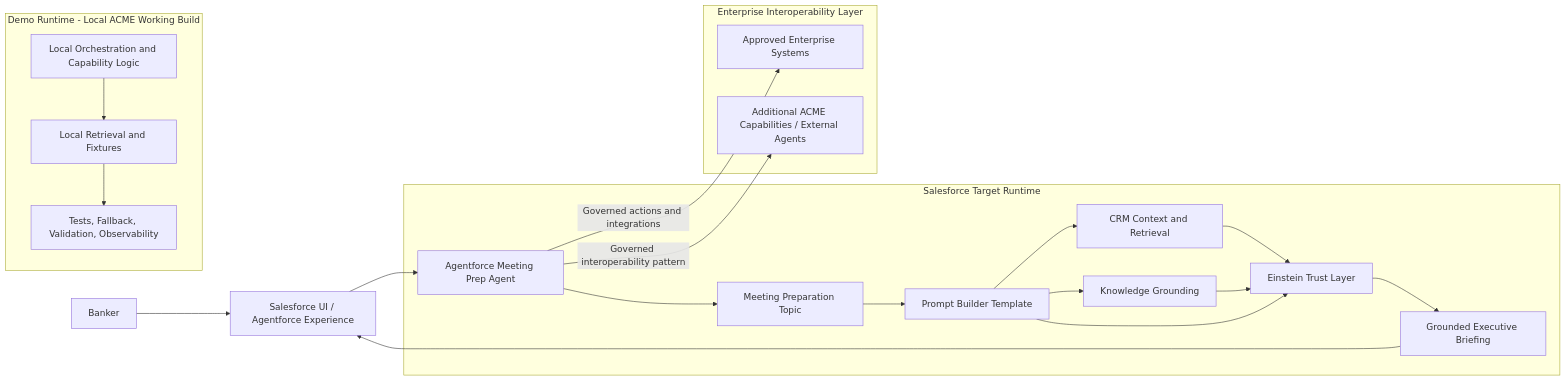
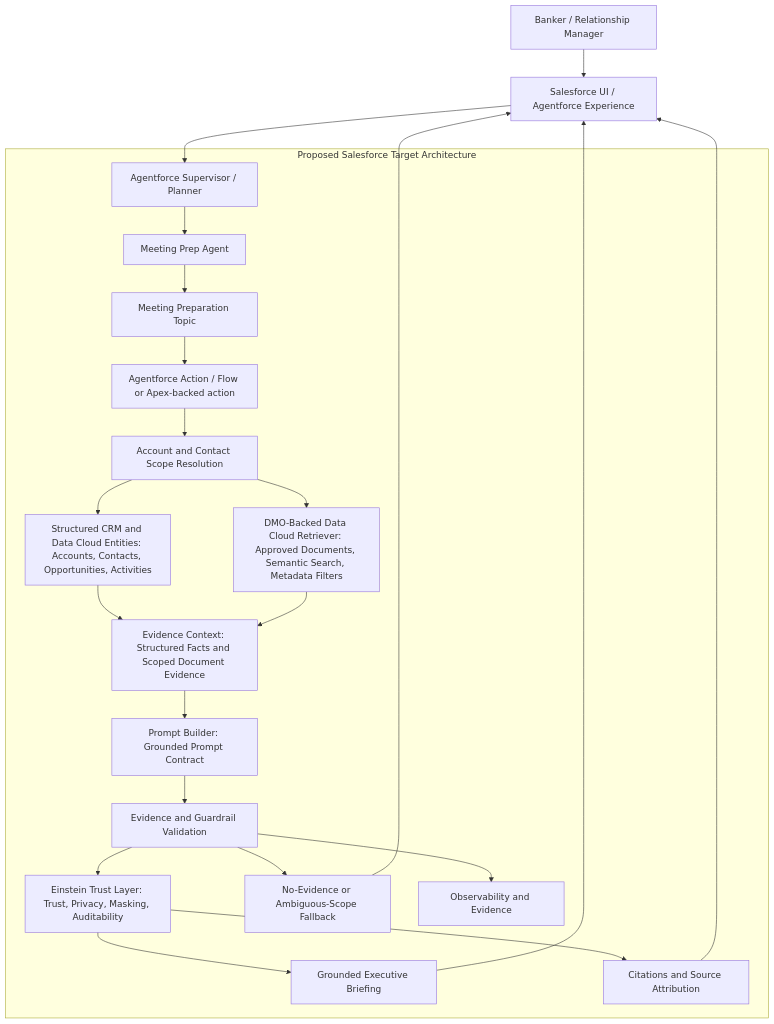
The diagram in docs/architecture/architecture-diagram.md (anapaulacossichofficial/Investment_Banking-ACME), drawn with Mermaid before and after one commit. The commit also changed other lines of this file and 9 other files, not shown here.

Commit message:
Align final HLD to DMO-backed hybrid retrieval and add validation evidence

````diff
--- a/docs/architecture/architecture-diagram.md
+++ b/docs/architecture/architecture-diagram.md
@@ -3,43 +3,48 @@
 ```mermaid
-flowchart LR
-    Banker[Banker] --> UX[Salesforce UI / Agentforce Experience]
+flowchart TB
+    Banker[Banker / Relationship Manager] --> UX[Salesforce UI / Agentforce Experience]
 
-    subgraph SF[Salesforce Target Runtime]
-        Agent[Agentforce Meeting Prep Agent]
+    subgraph SF[Proposed Salesforce Target Architecture]
+        Supervisor[Agentforce Supervisor / Planner]
+        MeetingPrep[Meeting Prep Agent]
         Topic[Meeting Preparation Topic]
-        Prompt[Prompt Builder Template]
-        CRM[CRM Context and Retrieval]
-        Know[Knowledge Grounding]
-        Trust[Einstein Trust Layer]
+        Action[Agentforce Action / Flow or Apex-backed action]
+
+        Scope[Account and Contact Scope Resolution]
+        CRM[Structured CRM and Data Cloud Entities: Accounts, Contacts, Opportunities, Activities]
+        DMO[DMO-Backed Data Cloud Retriever: Approved Documents, Semantic Search, Metadata Filters]
+        Evidence[Evidence Context: Structured Facts and Scoped Document Evidence]
+        Prompt[Prompt Builder: Grounded Prompt Contract]
+        Guardrails[Evidence and Guardrail Validation]
+        Trust[Einstein Trust Layer: Trust, Privacy, Masking, Auditability]
         Brief[Grounded Executive Briefing]
+        Citations[Citations and Source Attribution]
+        Fallback[No-Evidence or Ambiguous-Scope Fallback]
+        Observe[Observability and Evidence]
 
-        Agent --> Topic
-        Topic --> Prompt
-        Prompt --> CRM
-        Prompt --> Know
-        CRM --> Trust
-        Know --> Trust
-        Prompt --> Trust
+        Supervisor --> MeetingPrep
+        MeetingPrep --> Topic
+        Topic --> Action
+        Action --> Scope
+
+        Scope --> CRM
+        Scope --> DMO
+
+        CRM --> Evidence
+        DMO --> Evidence
+
+        Evidence --> Prompt
+        Prompt --> Guardrails
+        Guardrails --> Trust
+
         Trust --> Brief
+        Trust --> Citations
+        Guardrails --> Fallback
+        Guardrails --> Observe
     end
 
-    UX --> Agent
+    UX --> Supervisor
     Brief --> UX
-
-    subgraph Demo[Demo Runtime - Local ACME Working Build]
-        LocalOrch[Local Orchestration and Capability Logic]
-        LocalRet[Local Retrieval and Fixtures]
-        LocalTests[Tests, Fallback, Validation, Observability]
-    end
-
-    LocalOrch --> LocalRet
-    LocalRet --> LocalTests
-
-    subgraph Enterprise[Enterprise Interoperability Layer]
-        Systems[Approved Enterprise Systems]
-        ExtCaps[Additional ACME Capabilities / External Agents]
-    end
-
-    Agent -->|Governed actions and integrations| Systems
-    Agent -->|Governed interoperability pattern| ExtCaps
+    Citations --> UX
+    Fallback --> UX
 ```
````
